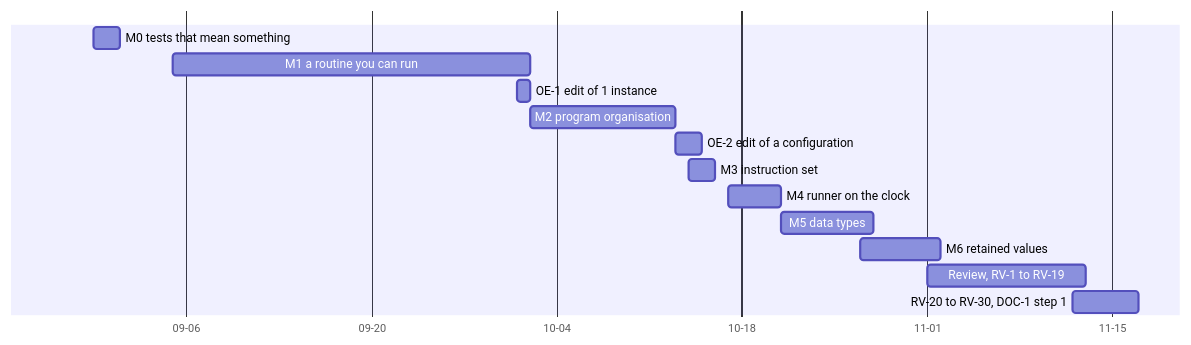
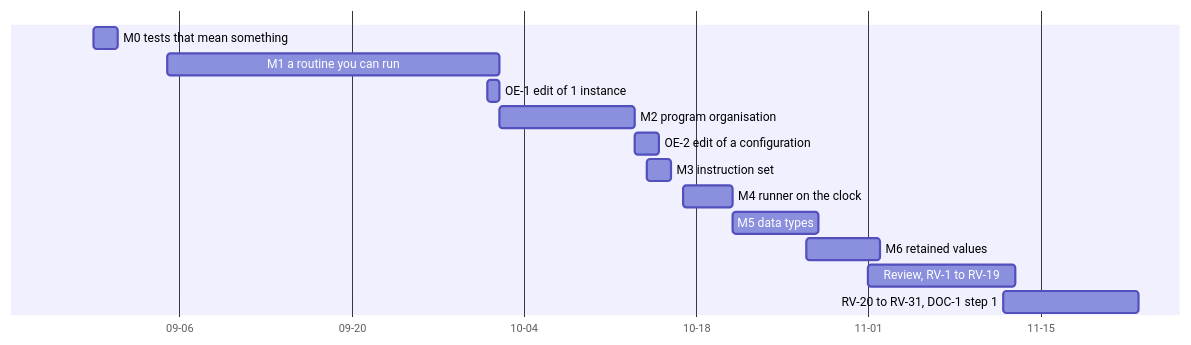
The diagram in docs/contributing/project-history.md (rellen/logex), drawn with Mermaid before and after one commit. The commit also changed other lines of this file and 6 other files, not shown here.

````diff
--- a/docs/contributing/project-history.md
+++ b/docs/contributing/project-history.md
@@ -36,18 +36,18 @@
 ```mermaid
 gantt
   dateFormat YYYY-MM-DD
   axisFormat %m-%d
   tickInterval 2week
   todayMarker off
   M0 tests that mean something : 2026-08-30, 2d
   M1 a routine you can run : 2026-09-05, 2026-10-02
   OE-1 edit of 1 instance : 2026-10-01, 1d
   M2 program organisation : 2026-10-02, 2026-10-13
   OE-2 edit of a configuration : 2026-10-13, 2d
   M3 instruction set : 2026-10-14, 2d
   M4 runner on the clock : 2026-10-17, 2026-10-21
   M5 data types : 2026-10-21, 2026-10-28
   M6 retained values : 2026-10-27, 2026-11-02
   Review, RV-1 to RV-19 : 2026-11-01, 2026-11-13
-  RV-20 to RV-30, DOC-1 step 1 : 2026-11-12, 2026-11-17
+  RV-20 to RV-31, DOC-1 step 1 : 2026-11-12, 2026-11-23
 ```
````
